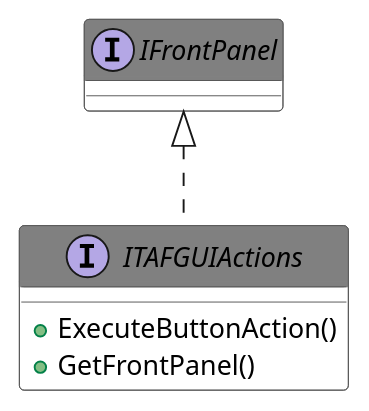
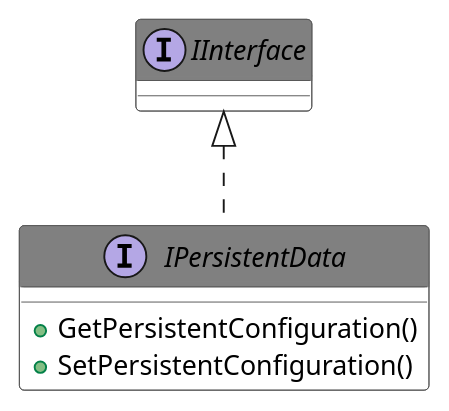
Before and after one commit to PatriekBruins/TriekselsoftApplicationFramework: the diagram in Source/Antidoc-Output/Includes/018.adoc, drawn with PlantUML. The commit also changed other lines of this file and 692 other files, not shown here.

```diff
--- a/Source/Antidoc-Output/Includes/018.adoc
+++ b/Source/Antidoc-Output/Includes/018.adoc
@@ -8,23 +8,23 @@
 [plantuml, format="svg", align="center"]
 ....
 @startuml
 set namespaceSeparator :
 skinparam ClassBackgroundColor #FFFFFF
 skinparam ClassBorderColor #555555
 skinparam ClassFontColor #000000
 skinparam ClassHeaderBackgroundColor #808080
 
 skinparam top to bottom direction
-interface "ITAFGUIActions" {
-{method} +ExecuteButtonAction()
-{method} +GetFrontPanel()
+interface "IPersistentData" {
+{method} +GetPersistentConfiguration()
+{method} +SetPersistentConfiguration()
 
 }
-"IFrontPanel" <|.. "ITAFGUIActions"
-interface "IFrontPanel" {}
+"IInterface" <|.. "IPersistentData"
+interface "IInterface" {}
 
 
 
 
 @enduml
 ....
```
